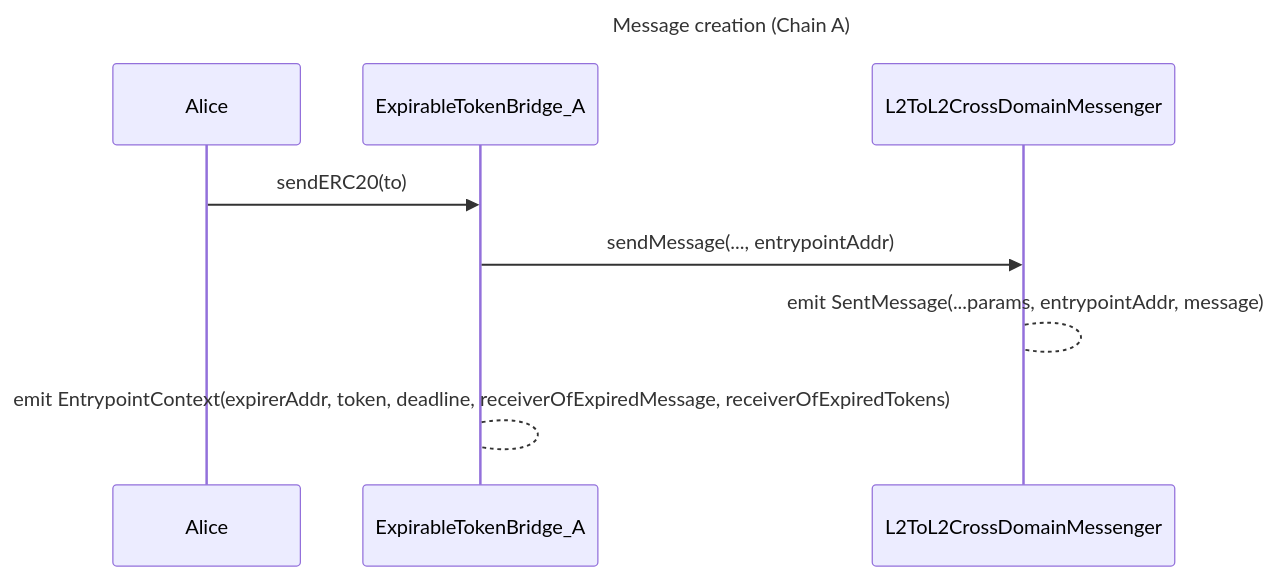
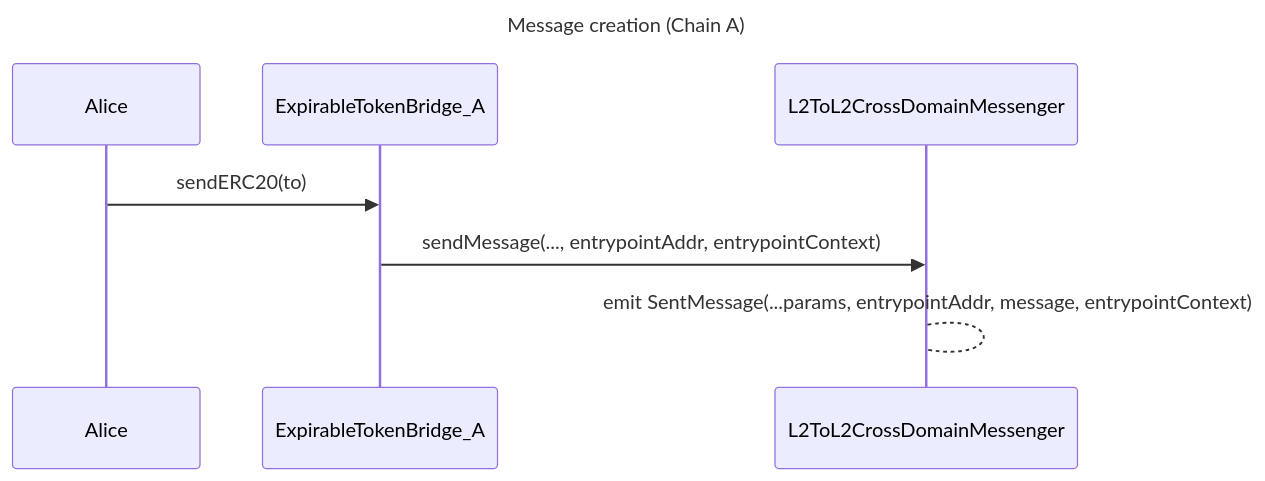
The first of 3 diagrams in protocol/messaging/entrypoint-contracts.md (ethereum-optimism/design-docs), drawn with Mermaid before and after one commit. The commit also changed other lines of this file, not shown here.

Commit message:
feat: changed how entrypointContext is binded

````diff
--- a/protocol/messaging/entrypoint-contracts.md
+++ b/protocol/messaging/entrypoint-contracts.md
@@ -102,10 +108,10 @@
 ```mermaid
 sequenceDiagram
 
 title Message creation (Chain A)
 
 Alice->>ExpirableTokenBridge_A: sendERC20(to)
-ExpirableTokenBridge_A->>L2ToL2CrossDomainMessenger: sendMessage(..., entrypointAddr)
-L2ToL2CrossDomainMessenger-->L2ToL2CrossDomainMessenger: emit SentMessage(...params, entrypointAddr, message)
-ExpirableTokenBridge_A-->ExpirableTokenBridge_A: emit EntrypointContext(expirerAddr, token, deadline, receiverOfExpiredMessage, receiverOfExpiredTokens)
+ExpirableTokenBridge_A->>L2ToL2CrossDomainMessenger: sendMessage(..., entrypointAddr, entrypointContext)
+L2ToL2CrossDomainMessenger-->L2ToL2CrossDomainMessenger: emit SentMessage(...params, entrypointAddr, message, entrypointContext)
+
 ```
````
